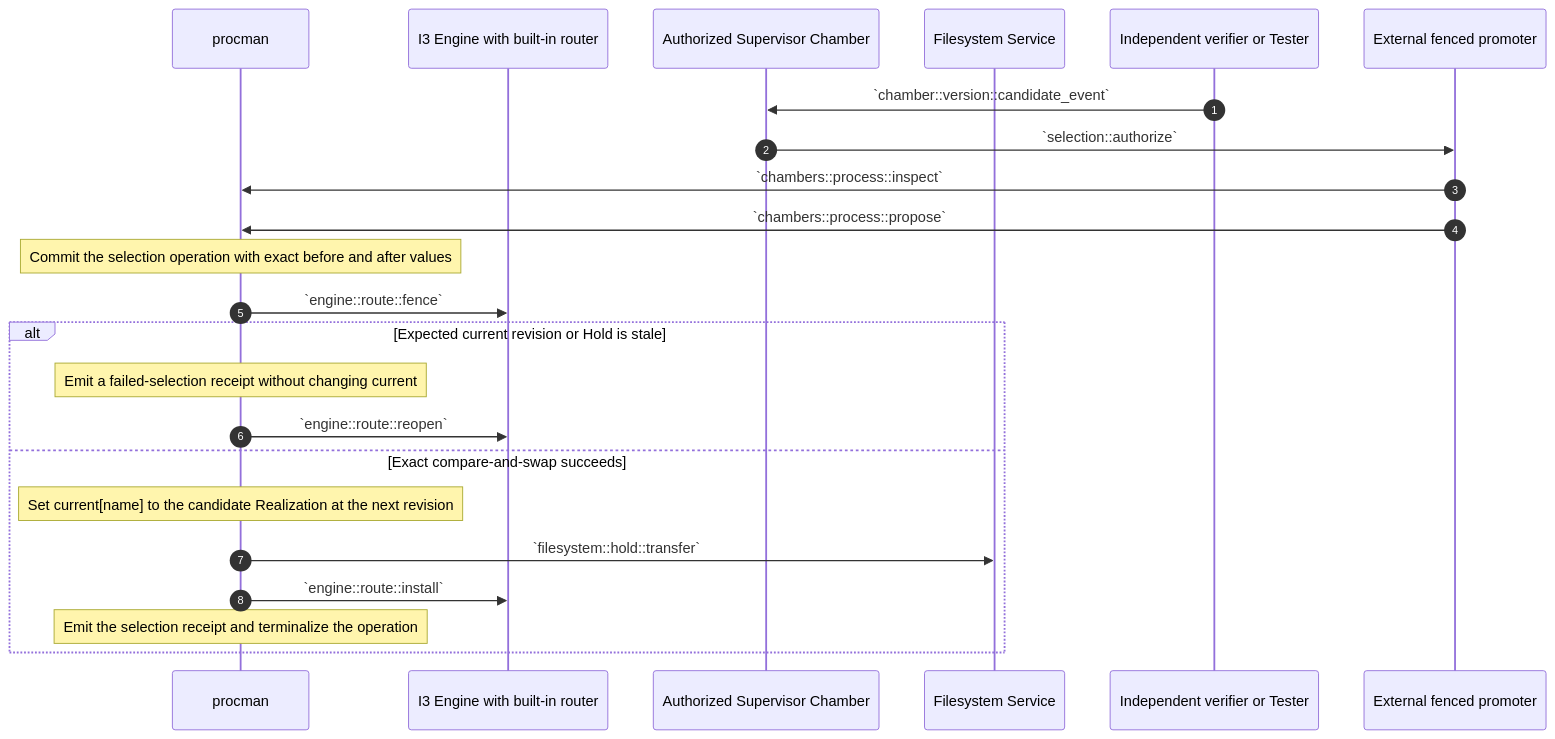
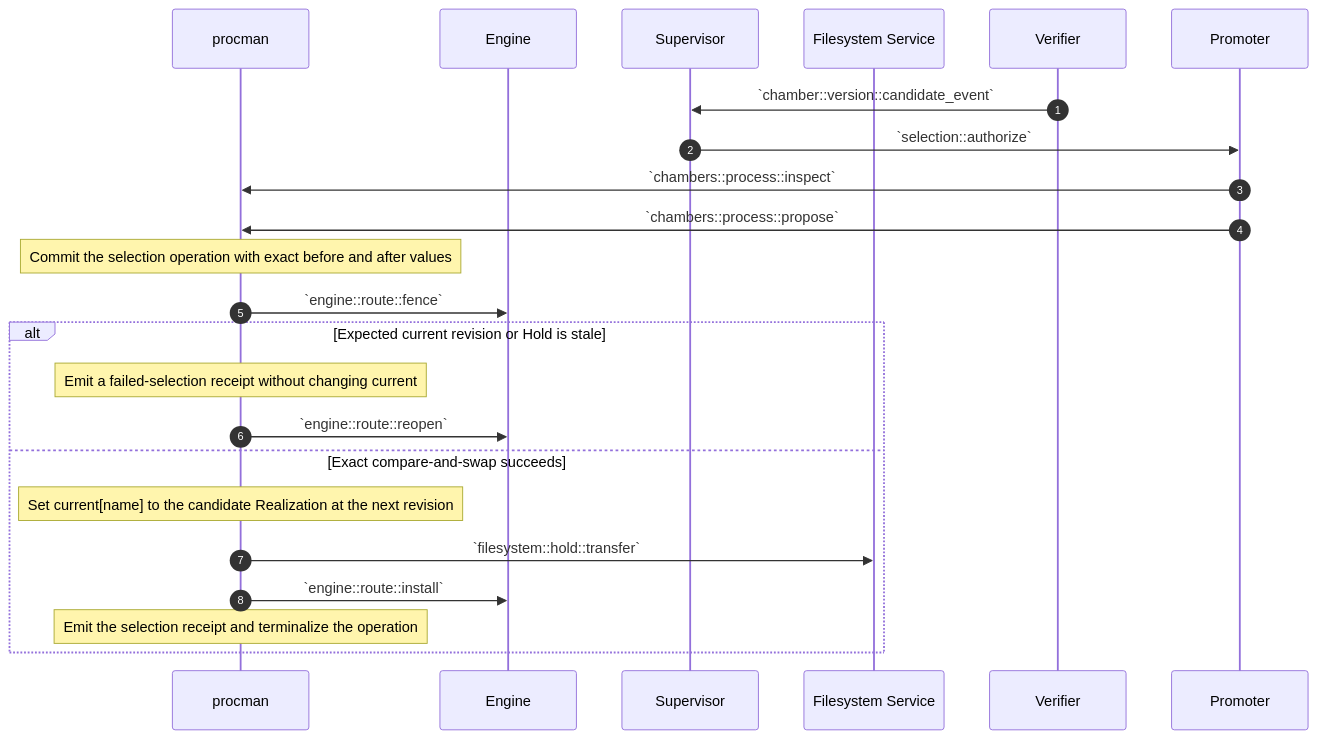
One commit to dreamcatcher-tech/chambers-lifecycle-explorer changed diagram 11 of 12 in source/chambers-lifecycle-sequences.md. Above: the diagram before and after it, drawn with Mermaid. The commit also changed other lines of this file and 7 other files, not shown here.

````diff
--- a/source/chambers-lifecycle-sequences.md
+++ b/source/chambers-lifecycle-sequences.md
@@ -869,29 +1006,29 @@
 ```mermaid
 sequenceDiagram
     autonumber
     participant procman
-    participant Engine as I3 Engine with built-in router
-    participant Supervisor as Authorized Supervisor Chamber
+    participant Engine
+    participant Supervisor
     participant Filesystem as Filesystem Service
-    participant Verifier as Independent verifier or Tester
-    participant Promoter as External fenced promoter
+    participant Verifier
+    participant Promoter
 
     Verifier->>Supervisor: `chamber::version::candidate_event`
     Supervisor->>Promoter: `selection::authorize`
     Promoter->>procman: `chambers::process::inspect`
     Promoter->>procman: `chambers::process::propose`
 
     Note over procman: Commit the selection operation with exact before and after values
     procman->>Engine: `engine::route::fence`
 
     alt Expected current revision or Hold is stale
         Note over procman: Emit a failed-selection receipt without changing current
         procman->>Engine: `engine::route::reopen`
     else Exact compare-and-swap succeeds
         Note over procman: Set current[name] to the candidate Realization at the next revision
         procman->>Filesystem: `filesystem::hold::transfer`
         procman->>Engine: `engine::route::install`
         Note over procman: Emit the selection receipt and terminalize the operation
     end
 
 ```
````
